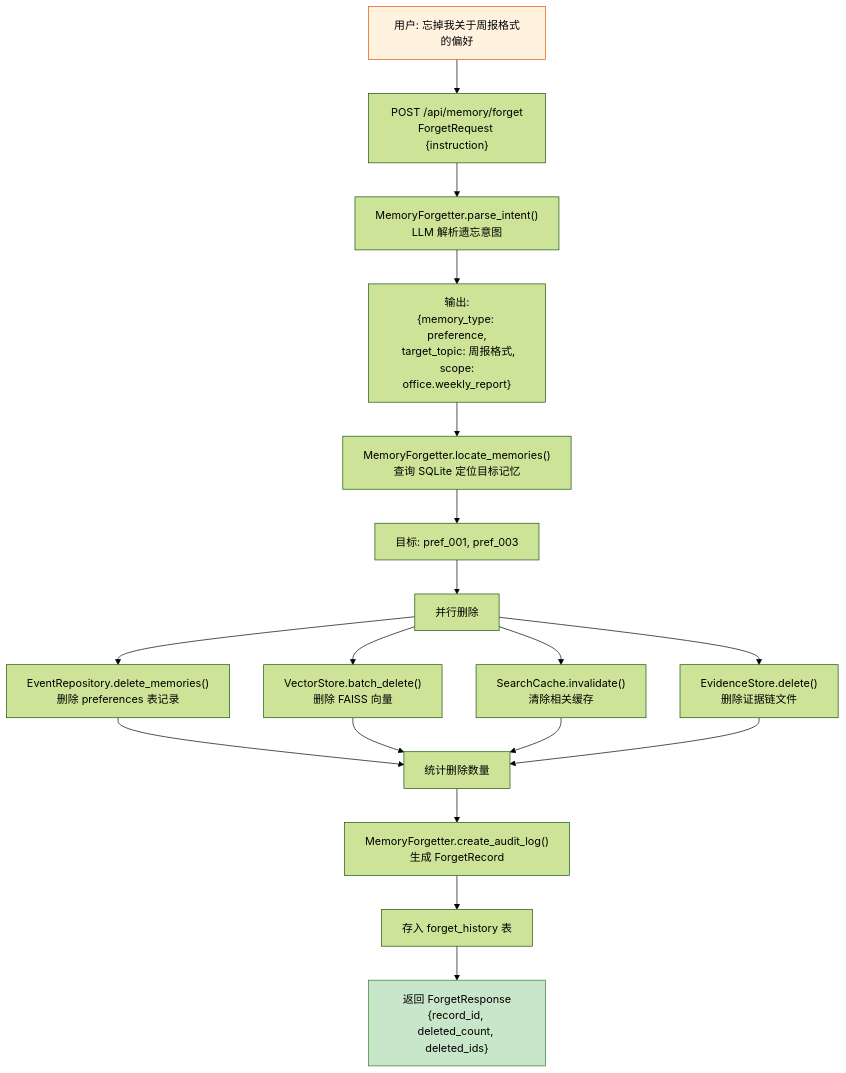
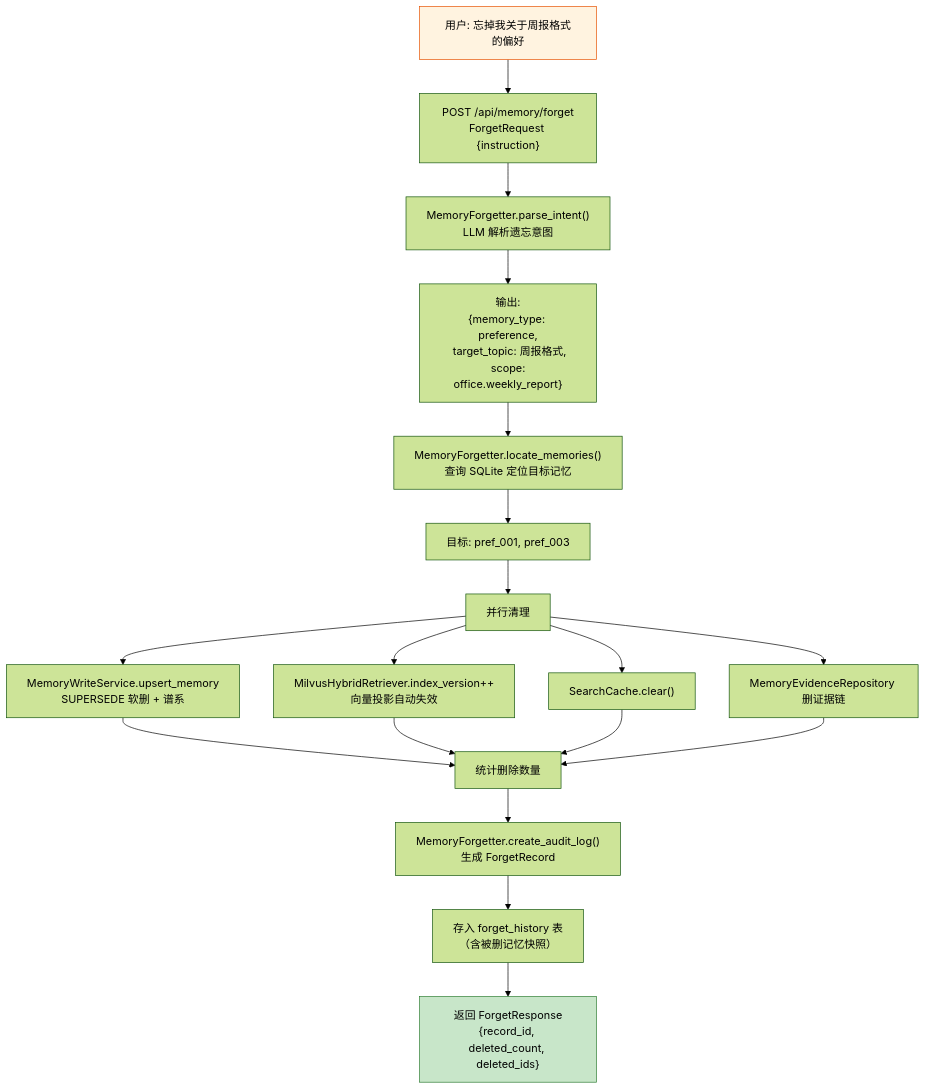
The fourth of 14 diagrams in docs/ARCHITECTURE.md (pyzw618/XA202612-2), drawn with Mermaid (forest theme) before and after one commit. The commit also changed other lines of this file and 5 other files, not shown here.

````diff
--- a/docs/ARCHITECTURE.md
+++ b/docs/ARCHITECTURE.md
@@ -245,31 +253,31 @@
 ```mermaid
 flowchart TD
     A["用户: 忘掉我关于周报格式的偏好"] --> B["POST /api/memory/forget<br/>ForgetRequest {instruction}"]
 
     B --> C["MemoryForgetter.parse_intent()<br/>LLM 解析遗忘意图"]
 
     C --> D["输出:<br/>{memory_type: preference,<br/> target_topic: 周报格式,<br/> scope: office.weekly_report}"]
 
     D --> E["MemoryForgetter.locate_memories()<br/>查询 SQLite 定位目标记忆"]
     E --> F["目标: pref_001, pref_003"]
 
-    F --> G["并行删除"]
+    F --> G["并行清理"]
 
-    G --> H["EventRepository.delete_memories()<br/>删除 preferences 表记录"]
-    G --> I["VectorStore.batch_delete()<br/>删除 FAISS 向量"]
-    G --> J["SearchCache.invalidate()<br/>清除相关缓存"]
-    G --> K["EvidenceStore.delete()<br/>删除证据链文件"]
+    G --> H["MemoryWriteService.upsert_memory<br/>SUPERSEDE 软删 + 谱系"]
+    G --> I["MilvusHybridRetriever.index_version++<br/>向量投影自动失效"]
+    G --> J["SearchCache.clear()"]
+    G --> K["MemoryEvidenceRepository 删证据链"]
 
     H --> L["统计删除数量"]
     I --> L
     J --> L
     K --> L
 
     L --> M["MemoryForgetter.create_audit_log()<br/>生成 ForgetRecord"]
-    M --> N["存入 forget_history 表"]
+    M --> N["存入 forget_history 表<br/>（含被删记忆快照）"]
 
     N --> O["返回 ForgetResponse<br/>{record_id, deleted_count, deleted_ids}"]
 
     style A fill:#fff3e0,stroke:#e65100
     style O fill:#c8e6c9,stroke:#2e7d32
 ```
````
